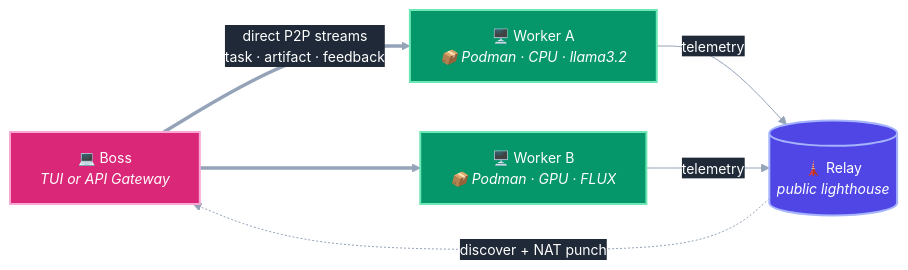
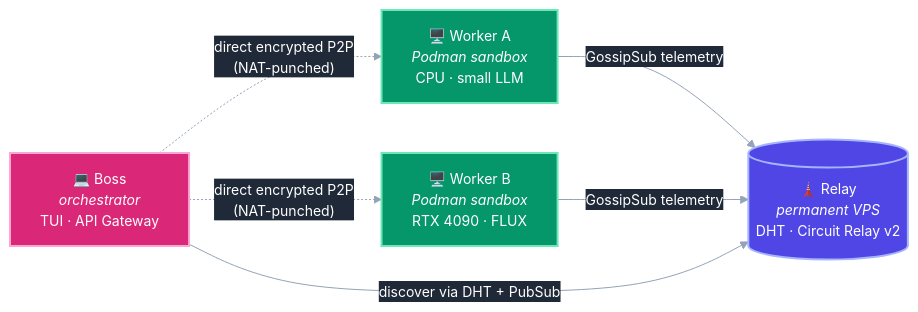
Before and after one commit to Agent-FM/agentfm-core: the diagram in README.md, drawn with Mermaid. The commit also changed other lines of this file, not shown here.

````diff
--- a/README.md
+++ b/README.md
@@ -96,31 +96,31 @@
 ```mermaid
 %%{init: {'theme':'base', 'themeVariables': {
   'primaryColor':'#4F46E5',
   'primaryTextColor':'#FFFFFF',
   'primaryBorderColor':'#A5B4FC',
   'lineColor':'#94A3B8',
   'textColor':'#E5E7EB',
   'edgeLabelBackground':'#1F2937',
+  'tertiaryColor':'#1F2937',
   'fontFamily':'ui-sans-serif, system-ui, sans-serif',
   'fontSize':'14px'
 }}}%%
 flowchart LR
-    B["💻 Boss<br/><i>TUI or API Gateway</i>"]
-    R[("🗼 Relay<br/><i>public lighthouse</i>")]
-    W1["🖥️ Worker A<br/><i>📦 Podman · CPU · llama3.2</i>"]
-    W2["🖥️ Worker B<br/><i>📦 Podman · GPU · FLUX</i>"]
+    R[("🗼 Relay<br/><i>permanent VPS</i><br/>DHT · Circuit Relay v2")]
+    B["💻 Boss<br/><i>orchestrator</i><br/>TUI · API Gateway"]
+    W1["🖥️ Worker A<br/><i>Podman sandbox</i><br/>CPU · small LLM"]
+    W2["🖥️ Worker B<br/><i>Podman sandbox</i><br/>RTX 4090 · FLUX"]
 
-    W1 -- telemetry --> R
-    W2 -- telemetry --> R
-    R -. discover + NAT punch .-> B
-
-    B ==>|"direct P2P streams<br/>task · artifact · feedback"| W1
-    B ==> W2
+    W1 -- GossipSub telemetry --> R
+    W2 -- GossipSub telemetry --> R
+    B -- discover via DHT + PubSub --> R
+    B -.->|"direct encrypted P2P<br/>(NAT-punched)"| W1
+    B -.->|"direct encrypted P2P<br/>(NAT-punched)"| W2
 
     classDef relay  fill:#4F46E5,stroke:#A5B4FC,stroke-width:2px,color:#FFFFFF
     classDef boss   fill:#DB2777,stroke:#F9A8D4,stroke-width:2px,color:#FFFFFF
     classDef worker fill:#059669,stroke:#6EE7B7,stroke-width:2px,color:#FFFFFF
     class R relay
     class B boss
     class W1,W2 worker
 ```
````
